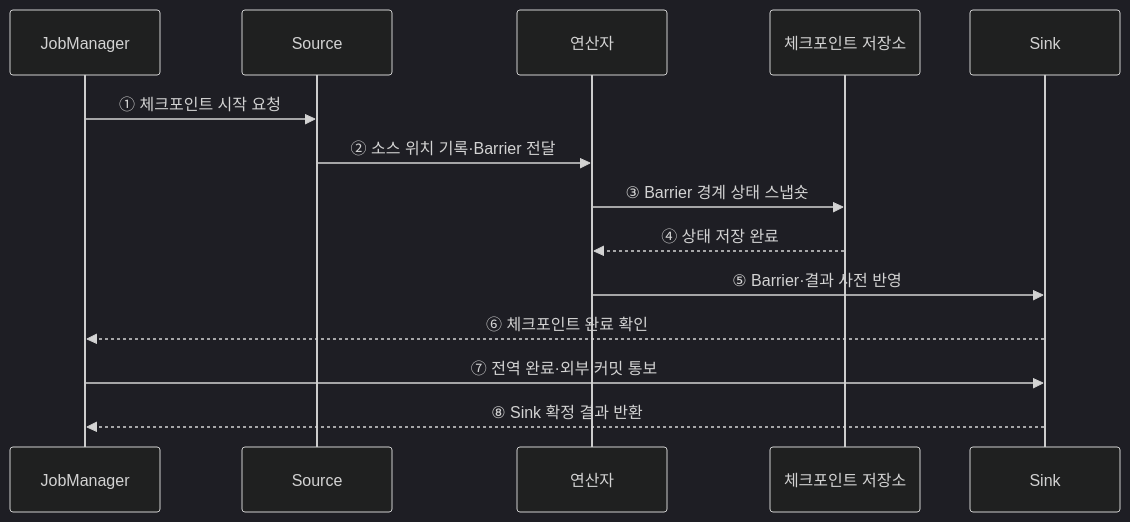
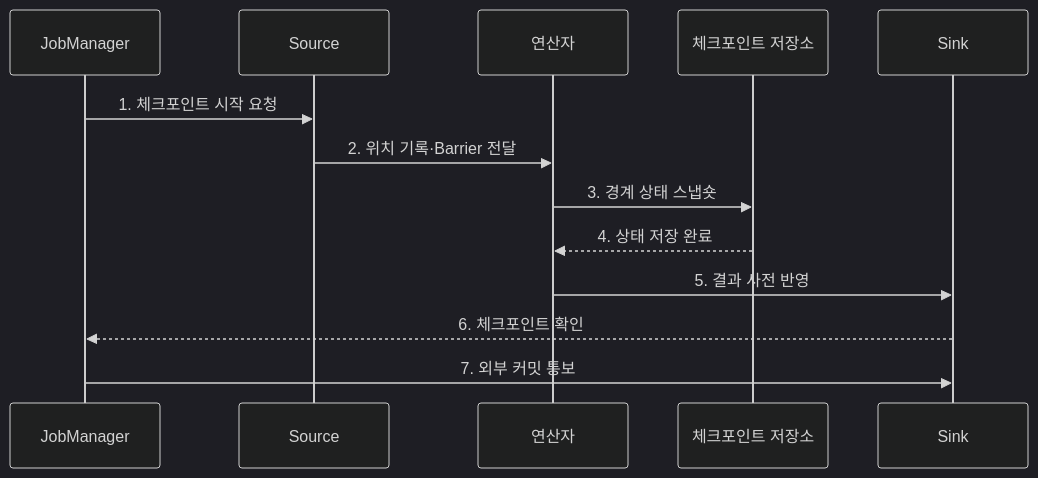
The second of 2 diagrams in src/content/docs/notes/03-software/120_apache_flink.md (agnusdei1207/knowledge-base), drawn with Mermaid (dark theme) before and after one commit. The commit also changed other lines of this file and 20 other files, not shown here.

````diff
--- a/src/content/docs/notes/03-software/120_apache_flink.md
+++ b/src/content/docs/notes/03-software/120_apache_flink.md
@@ -82,16 +83,15 @@
 ```mermaid
 sequenceDiagram
     participant J as JobManager
     participant S as Source
     participant O as 연산자
     participant C as 체크포인트 저장소
     participant K as Sink
-    J->>S: ① 체크포인트 시작 요청
-    S->>O: ② 소스 위치 기록·Barrier 전달
-    O->>C: ③ Barrier 경계 상태 스냅숏
-    C-->>O: ④ 상태 저장 완료
-    O->>K: ⑤ Barrier·결과 사전 반영
-    K-->>J: ⑥ 체크포인트 완료 확인
-    J->>K: ⑦ 전역 완료·외부 커밋 통보
-    K-->>J: ⑧ Sink 확정 결과 반환
+    J->>S: 1. 체크포인트 시작 요청
+    S->>O: 2. 위치 기록·Barrier 전달
+    O->>C: 3. 경계 상태 스냅숏
+    C-->>O: 4. 상태 저장 완료
+    O->>K: 5. 결과 사전 반영
+    K-->>J: 6. 체크포인트 확인
+    J->>K: 7. 외부 커밋 통보
 ```
````
